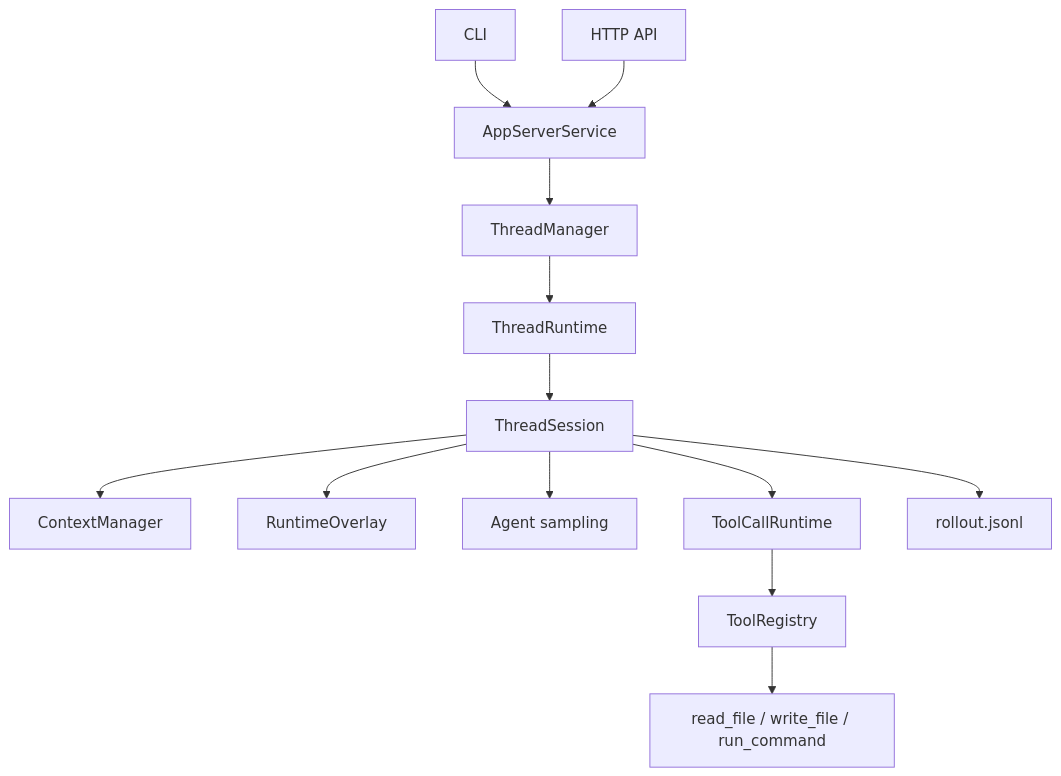
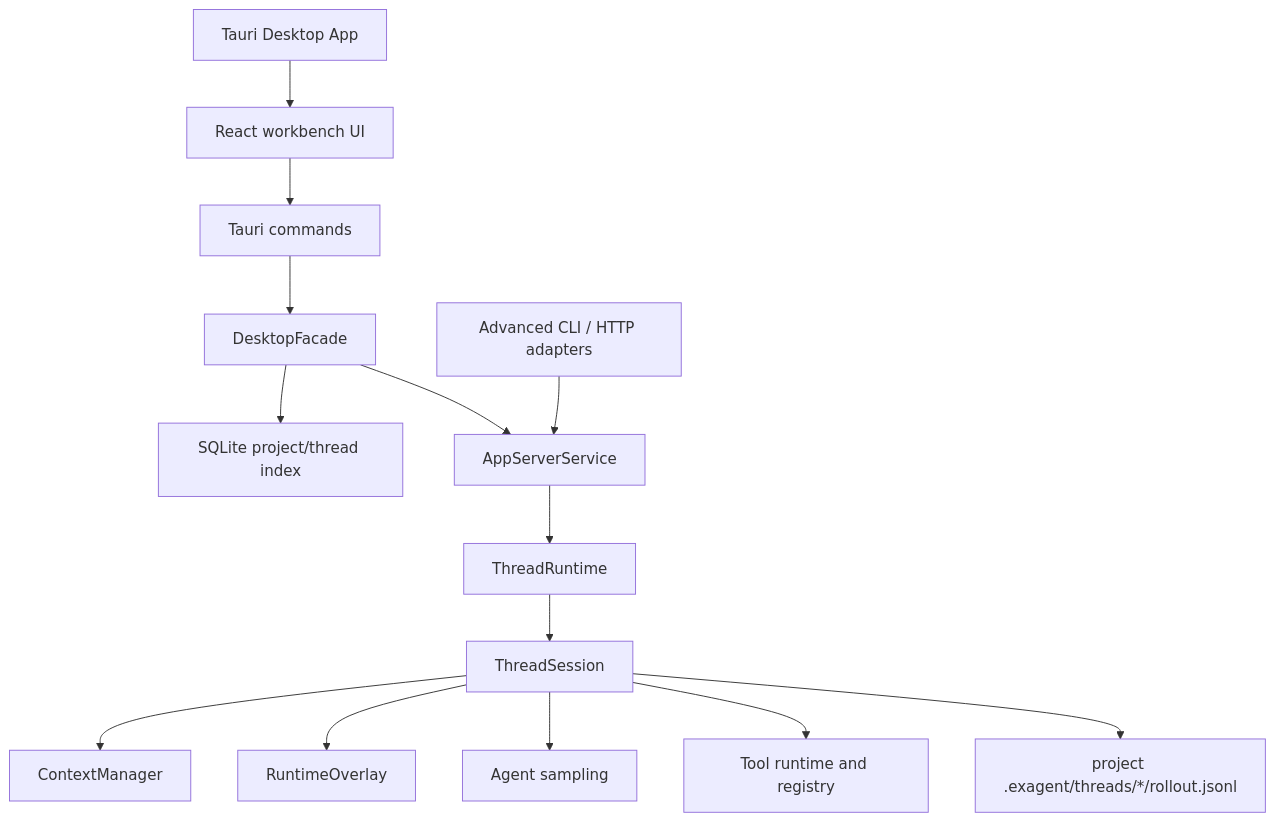
The diagram in README.md (exqqstar/ExAgent), drawn with Mermaid before and after one commit. The commit also changed other lines of this file and 3 other files, not shown here.

Commit message:
docs: update desktop-first project guide

````diff
--- a/README.md
+++ b/README.md
@@ -33,29 +103,31 @@
 ```mermaid
 flowchart TB
-    CLI["CLI"]
-    API["HTTP API"]
+    Desktop["Tauri Desktop App"]
+    React["React workbench UI"]
+    Commands["Tauri commands"]
+    Facade["DesktopFacade"]
+    Index["SQLite project/thread index"]
     Boundary["AppServerService"]
-    Manager["ThreadManager"]
     Runtime["ThreadRuntime"]
     Session["ThreadSession"]
     Context["ContextManager"]
     Overlay["RuntimeOverlay"]
     Agent["Agent sampling"]
-    ToolRuntime["ToolCallRuntime"]
-    Registry["ToolRegistry"]
-    Tools["read_file / write_file / run_command"]
-    Rollout["rollout.jsonl"]
+    Tools["Tool runtime and registry"]
+    Rollout["project .exagent/threads/*/rollout.jsonl"]
+    Advanced["Advanced CLI / HTTP adapters"]
 
-    CLI --> Boundary
-    API --> Boundary
-    Boundary --> Manager
-    Manager --> Runtime
+    Desktop --> React
+    React --> Commands
+    Commands --> Facade
+    Facade --> Index
+    Facade --> Boundary
+    Advanced --> Boundary
+    Boundary --> Runtime
     Runtime --> Session
     Session --> Context
     Session --> Overlay
     Session --> Agent
-    Session --> ToolRuntime
-    ToolRuntime --> Registry
-    Registry --> Tools
+    Session --> Tools
     Session --> Rollout
 ```
````
